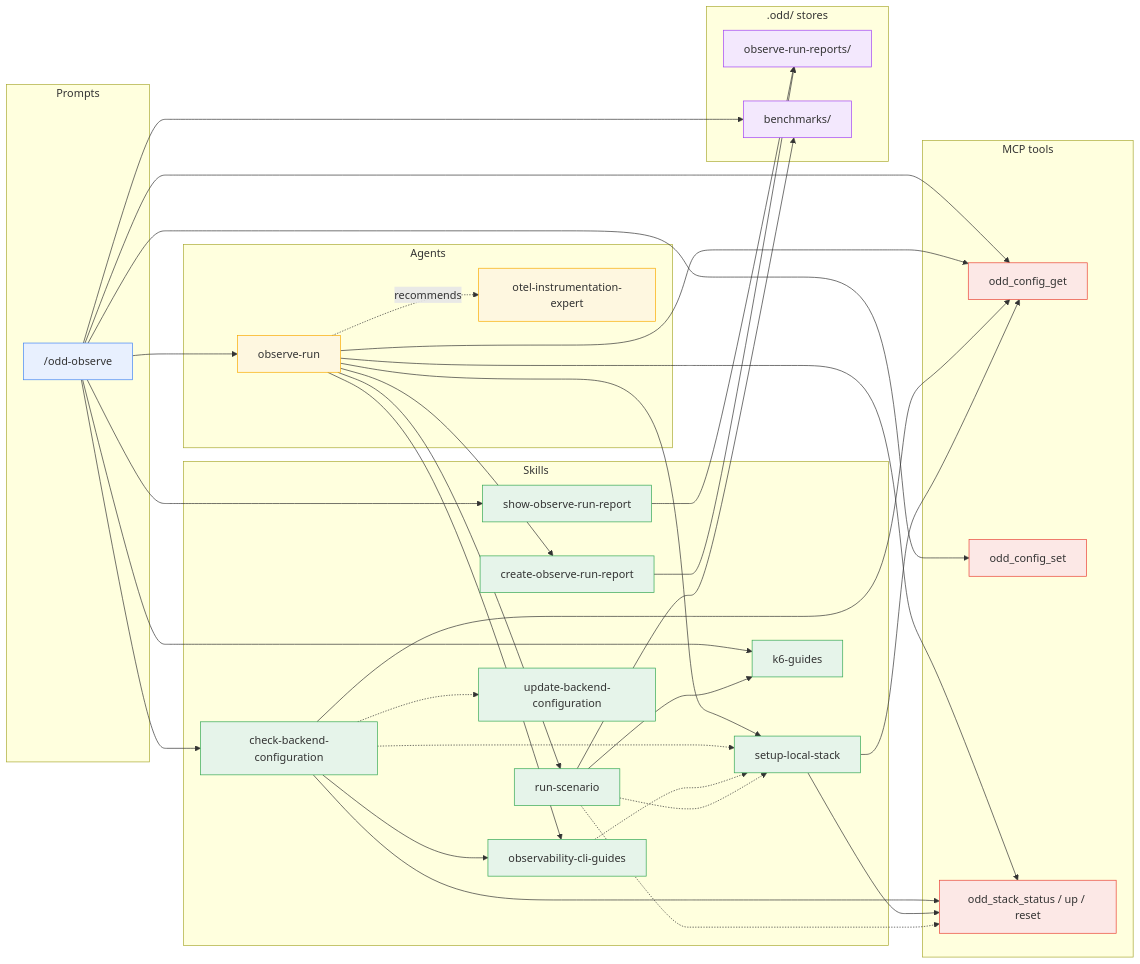
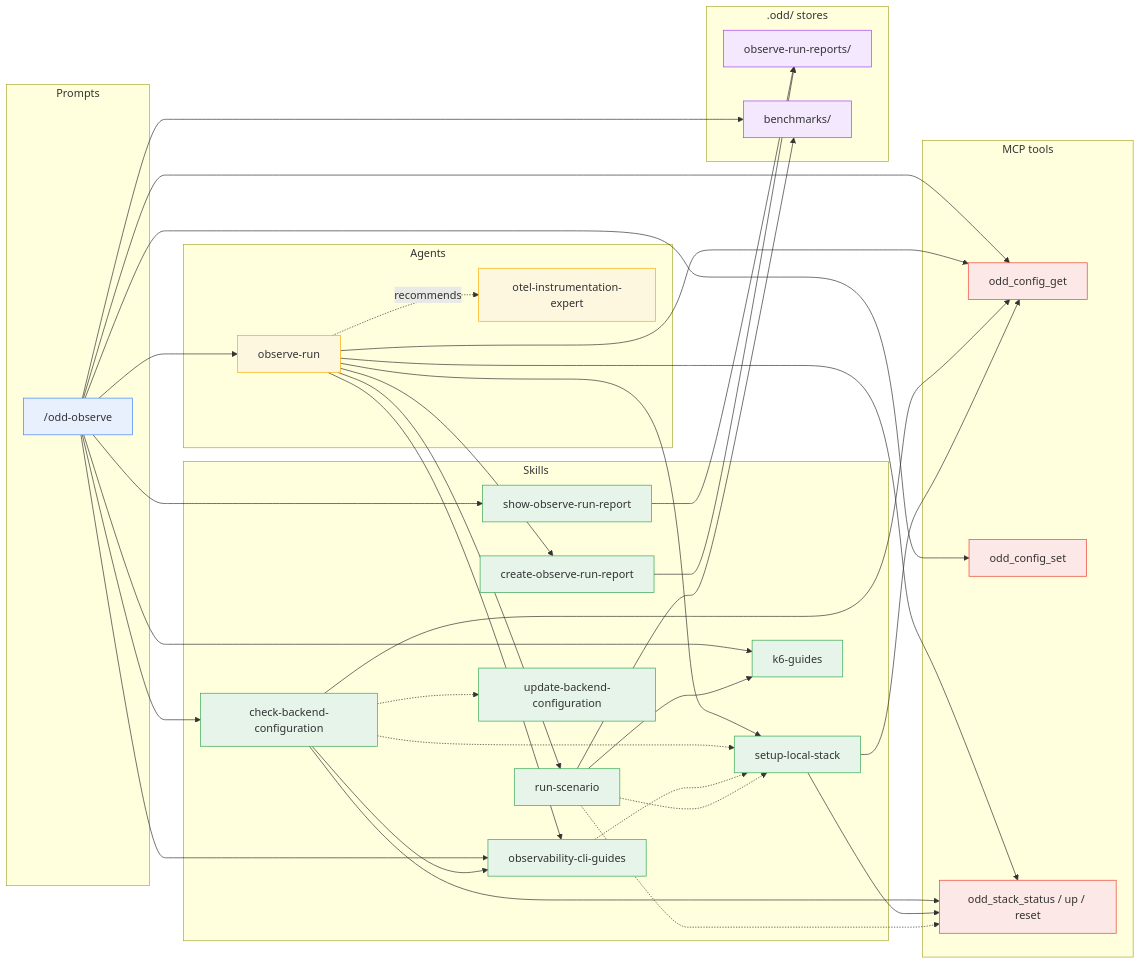
Before and after one commit to using-system/oddyssey: the third of 7 diagrams in docs/guide/dependencies.md, drawn with Mermaid. The commit also changed other lines of this file and 34 other files, not shown here.

````diff
--- a/docs/guide/dependencies.md
+++ b/docs/guide/dependencies.md
@@ -168,76 +168,77 @@
 ```mermaid
 flowchart LR
   subgraph Prompts
     observe["/odd-observe"]
   end
 
   subgraph Agents
     runner[observe-run]
     expert[otel-instrumentation-expert]
   end
 
   subgraph Skills
     cbc[check-backend-configuration]
     ocg[observability-cli-guides]
     sls[setup-local-stack]
     rs[run-scenario]
     kg[k6-guides]
     corr[create-observe-run-report]
     sorr[show-observe-run-report]
     ubc[update-backend-configuration]
   end
 
   subgraph MCP["MCP tools"]
     cfgget[odd_config_get]
     cfgset[odd_config_set]
     stack[odd_stack_status / up / reset]
   end
 
   subgraph Stores[".odd/ stores"]
     obsdir[observe-run-reports/]
     benchdir[benchmarks/]
   end
 
   observe --> runner
   observe --> cbc
   observe --> sorr
   observe --> cfgget
   observe --> cfgset
   observe --> kg
+  observe --> ocg
   observe --> benchdir
   sorr --> obsdir
 
   runner --> ocg
   runner --> sls
   runner --> rs
   runner --> corr
   runner --> cfgget
   runner --> stack
   runner -. recommends .-> expert
 
   cbc -.-> sls
   cbc -.-> ubc
   cbc --> ocg
   cbc --> cfgget
   cbc --> stack
   ocg -.-> sls
   sls --> cfgget
   sls --> stack
   rs -.-> stack
   rs -.-> sls
   rs --> kg
   rs --> benchdir
 
   corr --> obsdir
 
   classDef prompt fill:#e8f0fe,stroke:#4285f4
   classDef agent fill:#fef7e0,stroke:#f9ab00
   classDef skill fill:#e6f4ea,stroke:#34a853
   classDef mcp fill:#fce8e6,stroke:#ea4335
   classDef store fill:#f3e8fd,stroke:#a142f4
   class observe prompt
   class runner,expert agent
   class cbc,ocg,sls,rs,kg,corr,sorr,ubc skill
   class cfgget,cfgset,stack mcp
   class obsdir,benchdir store
 ```
````
